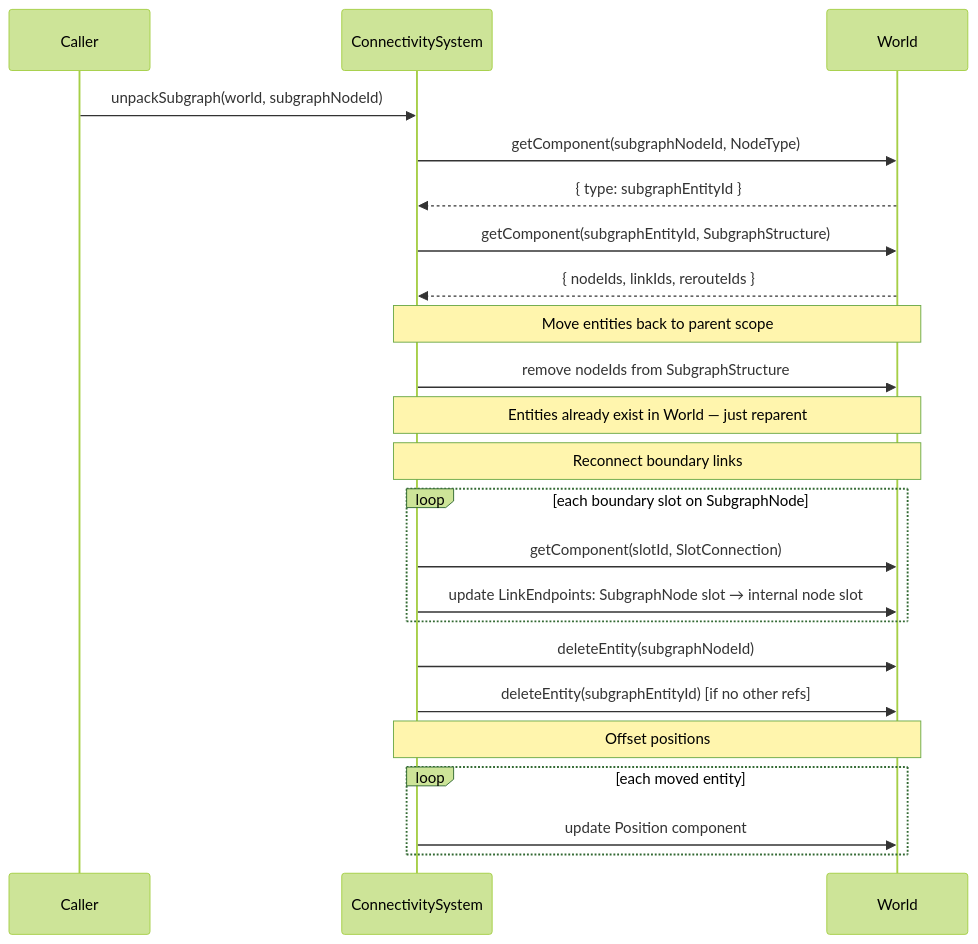
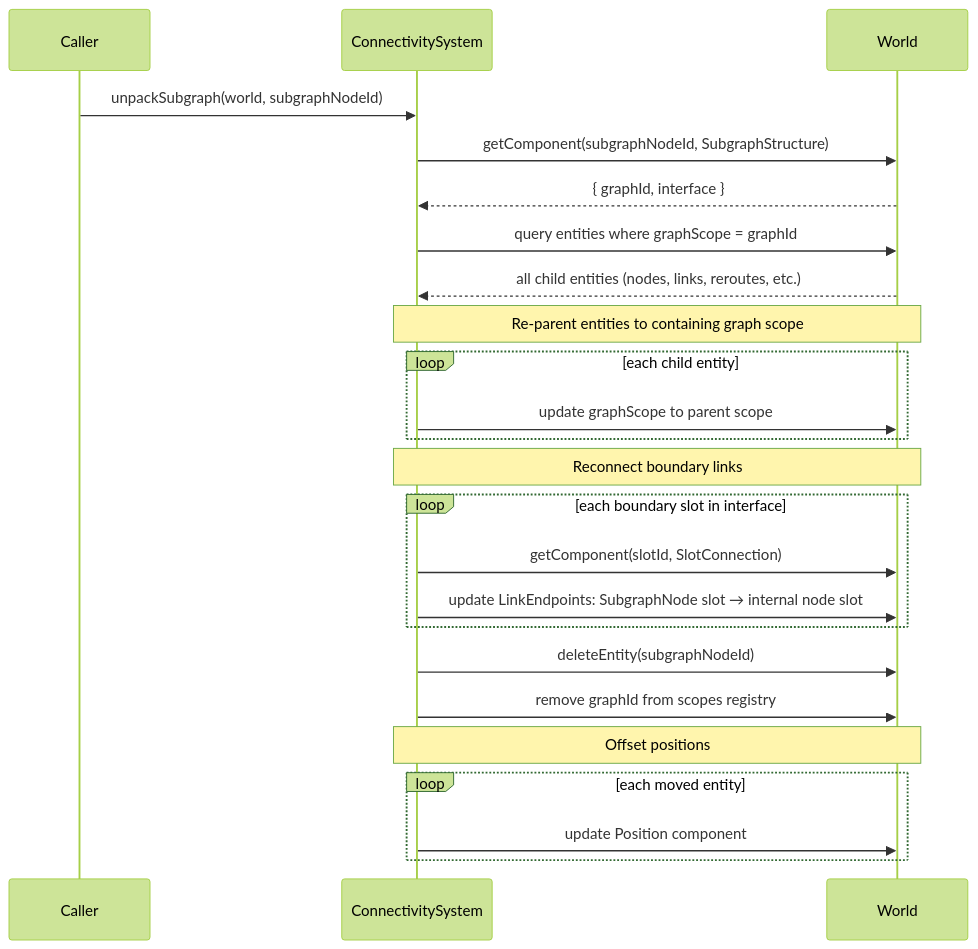
The tenth of 14 diagrams in docs/architecture/ecs-lifecycle-scenarios.md (Comfy-Org/ComfyUI_frontend), drawn with Mermaid (forest theme) before and after one commit. The commit also changed other lines of this file and 6 other files, not shown here.

First line of the commit message:
docs: add subgraph boundaries doc, unify graph model across ECS architecture

````diff
--- a/docs/architecture/ecs-lifecycle-scenarios.md
+++ b/docs/architecture/ecs-lifecycle-scenarios.md
@@ -493,35 +495,36 @@
 ```mermaid
 sequenceDiagram
     participant Caller
     participant CS as ConnectivitySystem
     participant W as World
 
     Caller->>CS: unpackSubgraph(world, subgraphNodeId)
 
-    CS->>W: getComponent(subgraphNodeId, NodeType)
-    W-->>CS: { type: subgraphEntityId }
+    CS->>W: getComponent(subgraphNodeId, SubgraphStructure)
+    W-->>CS: { graphId, interface }
 
-    CS->>W: getComponent(subgraphEntityId, SubgraphStructure)
-    W-->>CS: { nodeIds, linkIds, rerouteIds }
+    CS->>W: query entities where graphScope = graphId
+    W-->>CS: all child entities (nodes, links, reroutes, etc.)
 
-    Note over CS,W: Move entities back to parent scope
+    Note over CS,W: Re-parent entities to containing graph scope
 
-    CS->>W: remove nodeIds from SubgraphStructure
-    Note over CS,W: Entities already exist in World — just reparent
+    loop each child entity
+        CS->>W: update graphScope to parent scope
+    end
 
     Note over CS,W: Reconnect boundary links
 
-    loop each boundary slot on SubgraphNode
+    loop each boundary slot in interface
         CS->>W: getComponent(slotId, SlotConnection)
         CS->>W: update LinkEndpoints: SubgraphNode slot → internal node slot
     end
 
     CS->>W: deleteEntity(subgraphNodeId)
-    CS->>W: deleteEntity(subgraphEntityId) [if no other refs]
+    CS->>W: remove graphId from scopes registry
 
     Note over CS,W: Offset positions
 
     loop each moved entity
         CS->>W: update Position component
     end
 ```
````
